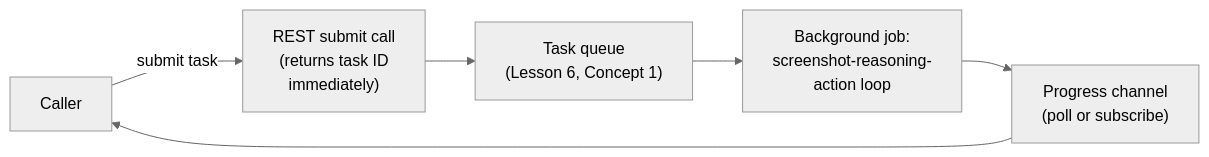
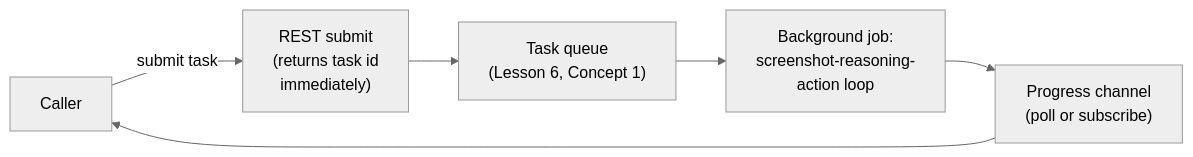
The sixth of 7 diagrams in case-studies/computer-use-agent/README.md (romancobblepot/AI-system-design-primer), drawn with Mermaid (neutral theme) before and after one commit. The commit also changed other lines of this file and 49 other files, not shown here.

````diff
--- a/case-studies/computer-use-agent/README.md
+++ b/case-studies/computer-use-agent/README.md
@@ -259,8 +322,8 @@
 ```mermaid
 flowchart LR
-    C["Caller"] -->|"submit task"| SUB["REST submit call\n(returns task ID\nimmediately)"]
+    C["Caller"] -->|"submit task"| SUB["REST submit\n(returns task id\nimmediately)"]
     SUB --> Q["Task queue\n(Lesson 6, Concept 1)"]
     Q --> BG["Background job:\nscreenshot-reasoning-\naction loop"]
     BG --> PC["Progress channel\n(poll or subscribe)"]
     PC --> C
 ```
````
